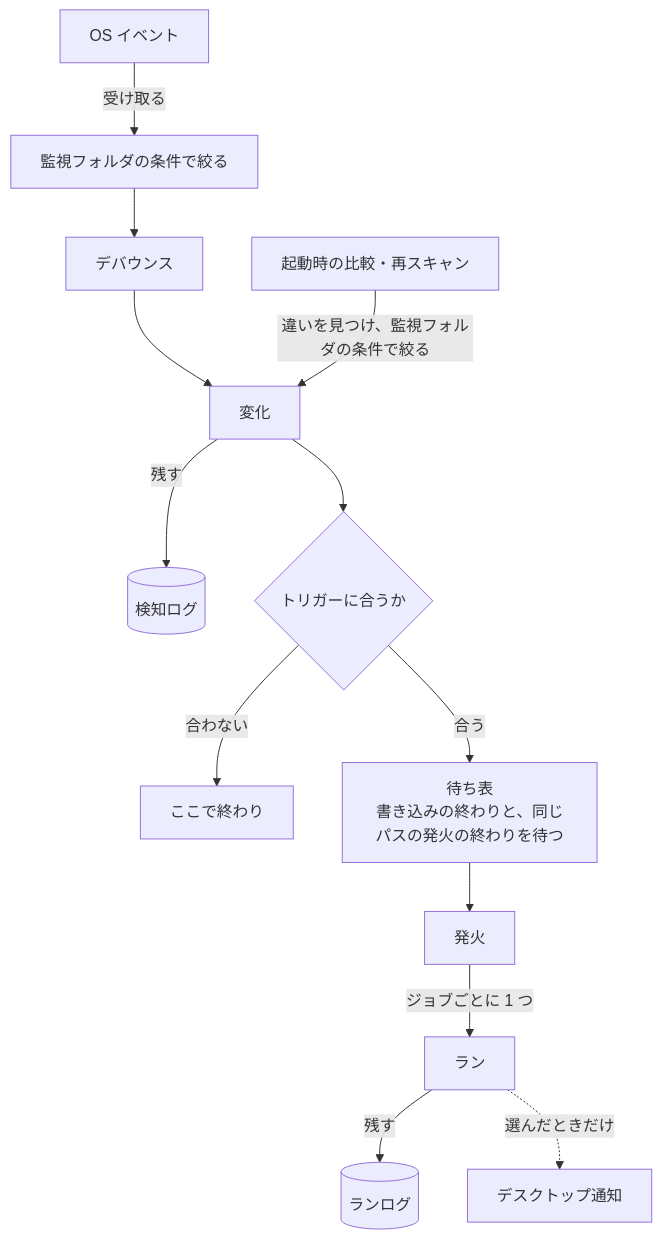
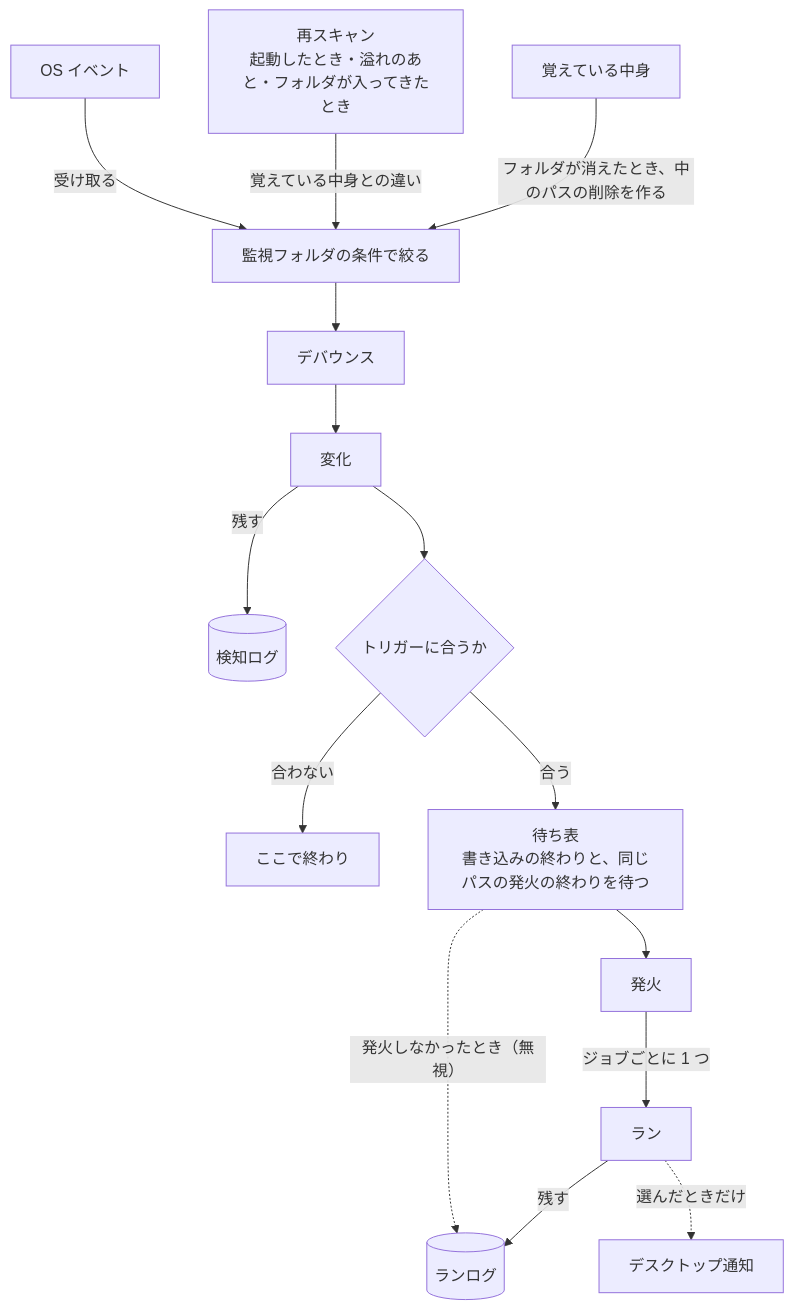
The second of 4 diagrams in docs/design.ja.md (capypara20/Foxonar), drawn with Mermaid before and after one commit. The commit also changed other lines of this file and 3 other files, not shown here.

````diff
--- a/docs/design.ja.md
+++ b/docs/design.ja.md
@@ -71,15 +71,17 @@
 ```mermaid
 flowchart TD
   os["OS イベント"] -->|受け取る| narrow["監視フォルダの条件で絞る"]
   narrow --> deb["デバウンス"]
   deb --> change["変化"]
-  scan["起動時の比較・再スキャン"] -->|違いを見つけ、監視フォルダの条件で絞る| change
+  scan["再スキャン<br>起動したとき・溢れのあと・フォルダが入ってきたとき"] -->|覚えている中身との違い| narrow
+  memo["覚えている中身"] -->|フォルダが消えたとき、中のパスの削除を作る| narrow
   change -->|残す| dlog[("検知ログ")]
   change --> match{"トリガーに合うか"}
   match -->|合わない| stop["ここで終わり"]
   match -->|合う| pending["待ち表<br>書き込みの終わりと、同じパスの発火の終わりを待つ"]
   pending --> firing["発火"]
+  pending -.->|発火しなかったとき（無視）| rlog
   firing -->|ジョブごとに 1 つ| run["ラン"]
   run -->|残す| rlog[("ランログ")]
   run -.->|選んだときだけ| toast["デスクトップ通知"]
 ```
````
